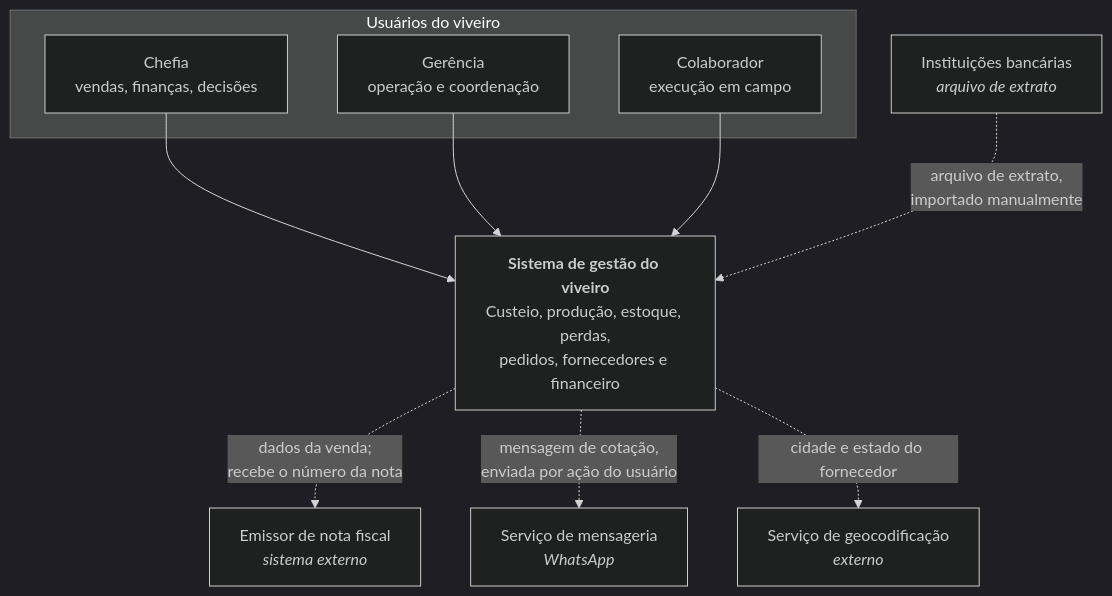
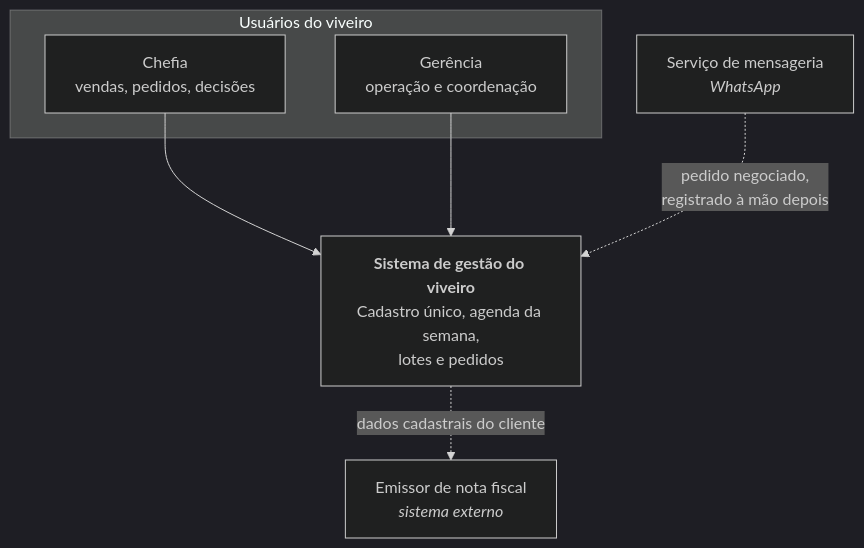
Before and after one commit to JoaoMudar/tcc: the first of 3 diagrams in docs/engenharia/D-arquitetura/D1-arquitetura-c4.md, drawn with Mermaid (dark theme). The commit also changed other lines of this file and 3 other files, not shown here.

````diff
--- a/docs/engenharia/D-arquitetura/D1-arquitetura-c4.md
+++ b/docs/engenharia/D-arquitetura/D1-arquitetura-c4.md
@@ -36,24 +36,18 @@
 ```mermaid
 graph TB
   subgraph usuarios["Usuários do viveiro"]
-    CH["Chefia<br/>vendas, finanças, decisões"]
+    CH["Chefia<br/>vendas, pedidos, decisões"]
     GE["Gerência<br/>operação e coordenação"]
-    CO["Colaborador<br/>execução em campo"]
   end
 
-  SIS["<b>Sistema de gestão do viveiro</b><br/>Custeio, produção, estoque, perdas,<br/>pedidos, fornecedores e financeiro"]
+  SIS["<b>Sistema de gestão do viveiro</b><br/>Cadastro único, agenda da semana,<br/>lotes e pedidos"]
 
   NF["Emissor de nota fiscal<br/><i>sistema externo</i>"]
   WA["Serviço de mensageria<br/><i>WhatsApp</i>"]
-  GEO["Serviço de geocodificação<br/><i>externo</i>"]
-  BCO["Instituições bancárias<br/><i>arquivo de extrato</i>"]
 
   CH --> SIS
   GE --> SIS
-  CO --> SIS
 
-  SIS -.->|"dados da venda;<br/>recebe o número da nota"| NF
-  SIS -.->|"mensagem de cotação,<br/>enviada por ação do usuário"| WA
-  SIS -.->|"cidade e estado do fornecedor"| GEO
-  BCO -.->|"arquivo de extrato,<br/>importado manualmente"| SIS
+  SIS -.->|"dados cadastrais do cliente"| NF
+  WA -.->|"pedido negociado,<br/>registrado à mão depois"| SIS
 ```
````
